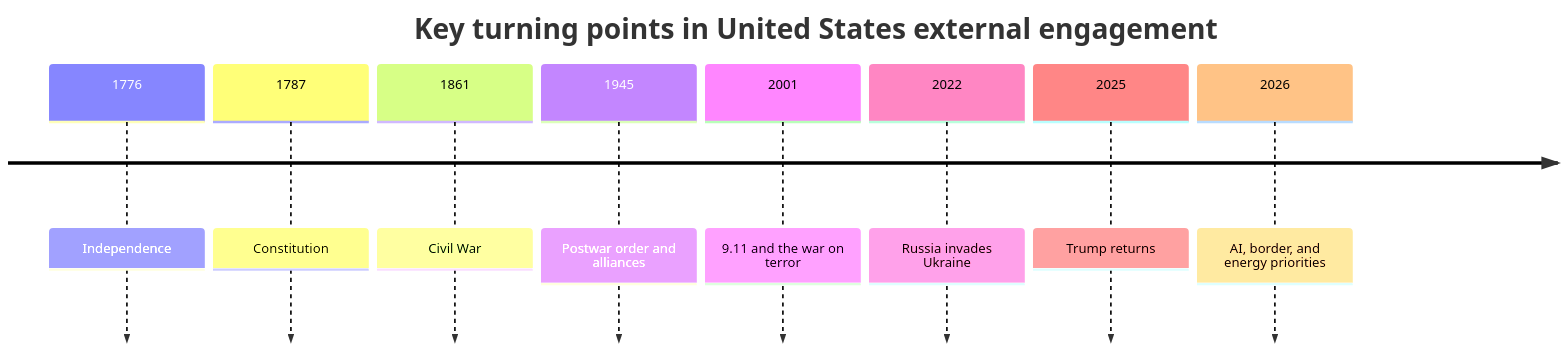
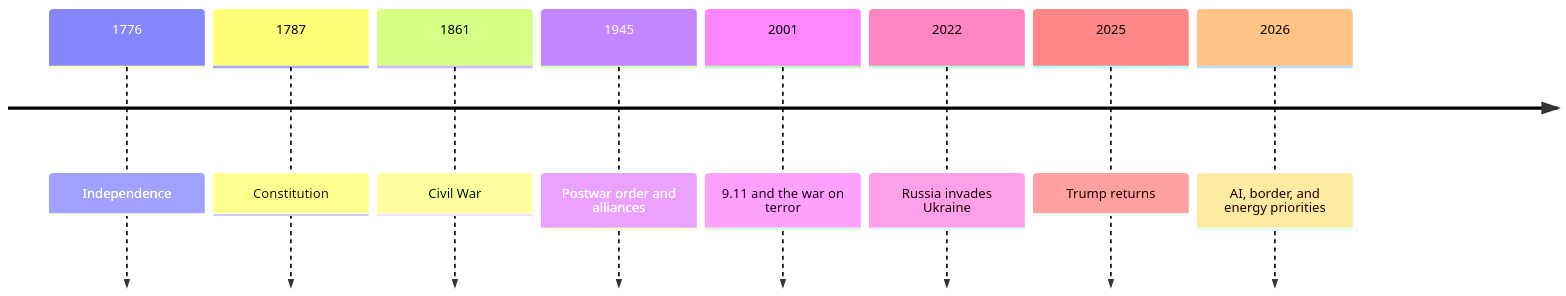
Before and after one commit to daylight55/research: the second of 3 diagrams in articles/report/united-states-geopolitical-profile/en/index.mdx, drawn with Mermaid. The commit also changed other lines of this file and 181 other files, not shown here.

First line of the commit message:
全記事の図解368点を再生成し、共通注意書きを削除 (#402)

````diff
--- a/articles/report/united-states-geopolitical-profile/en/index.mdx
+++ b/articles/report/united-states-geopolitical-profile/en/index.mdx
@@ -48,12 +55,15 @@
 ```mermaid
 timeline
-  title Key turning points in United States external engagement
+  accTitle: Changes in US state formation and external engagement
+  accDescr: Trace independence and the constitution, post-war alliances, the war on terror, recent external crises and administration priorities.
+  accTitle: Changes in US state formation and external engagement
+  accDescr: Trace independence and the constitution, post-war alliances, the war on terror, recent external crises and administration priorities.
   1776 : Independence
   1787 : Constitution
   1861 : Civil War
   1945 : Postwar order and alliances
   2001 : 9.11 and the war on terror
   2022 : Russia invades Ukraine
   2025 : Trump returns
   2026 : AI, border, and energy priorities
 ```
````
